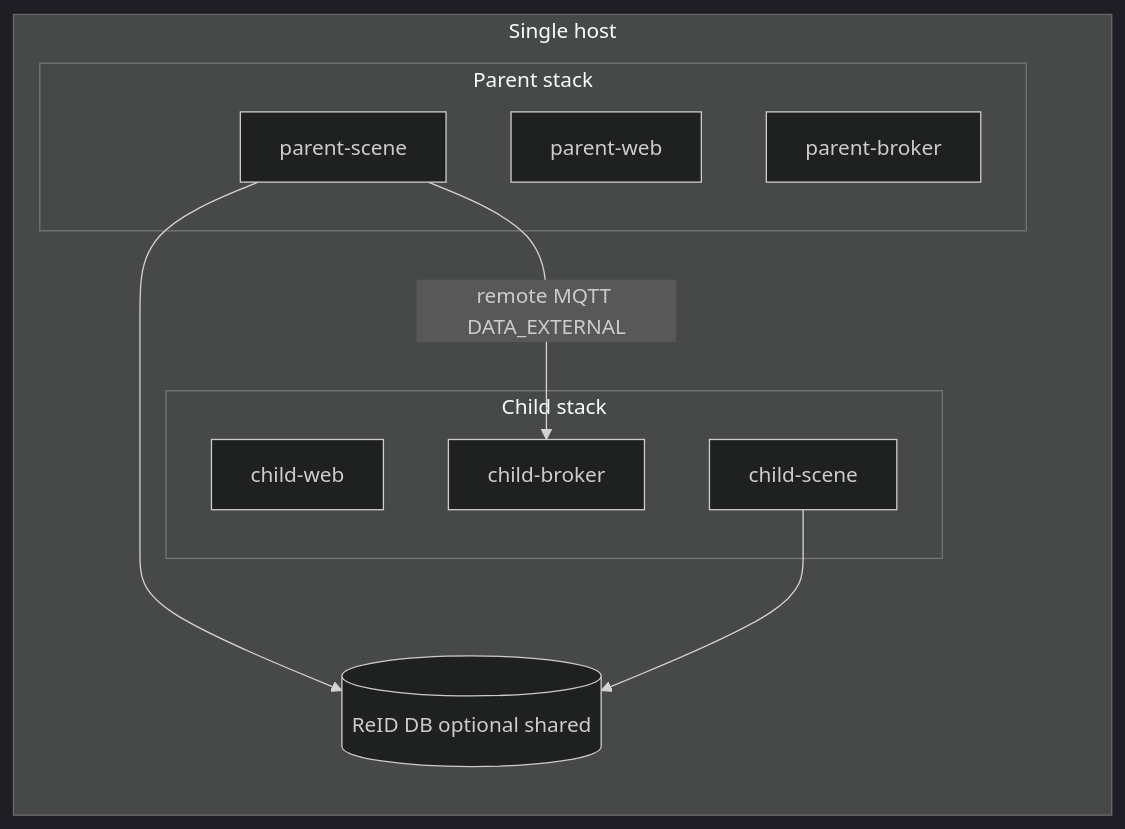
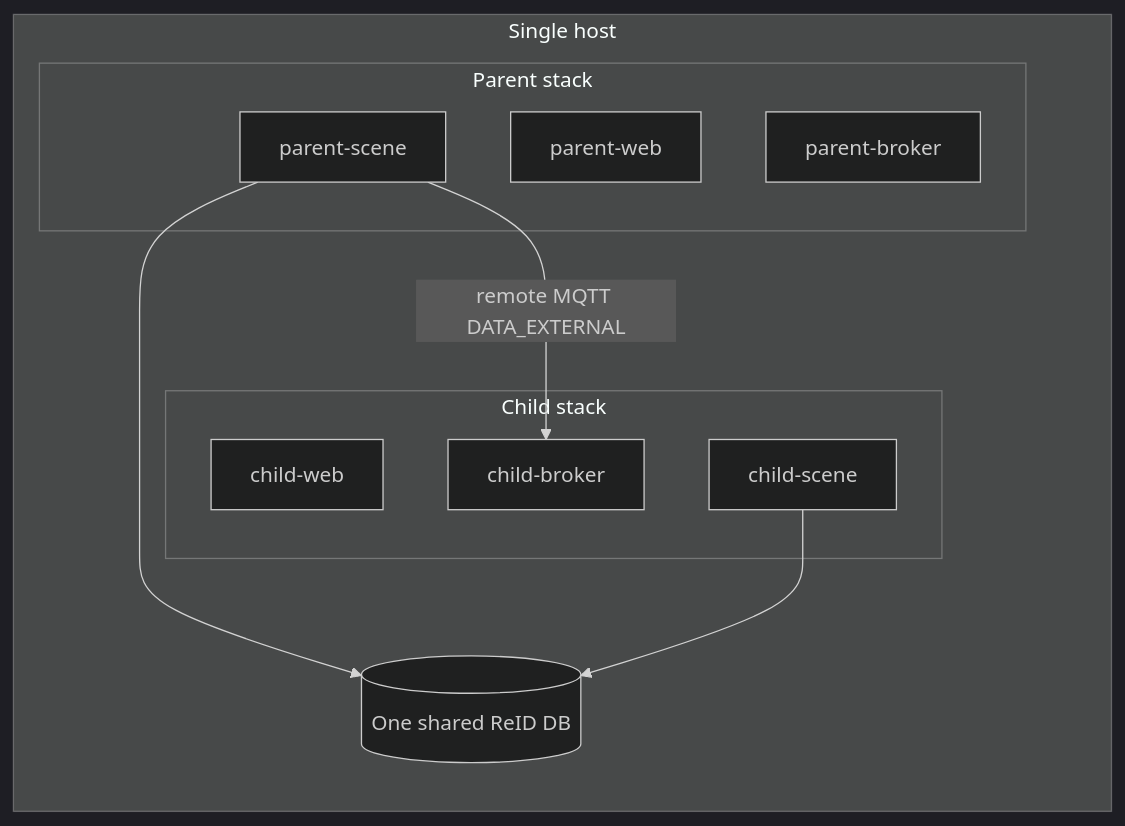
One commit to open-edge-platform/scenescape changed the diagram in docs/user-guide/how-to-guides/build-a-scene/deploy-multi-controller-on-one-host.md. Above: the diagram before and after it, drawn with Mermaid (dark theme). The commit also changed other lines of this file and 20 other files, not shown here.

````diff
--- a/docs/user-guide/how-to-guides/build-a-scene/deploy-multi-controller-on-one-host.md
+++ b/docs/user-guide/how-to-guides/build-a-scene/deploy-multi-controller-on-one-host.md
@@ -30,19 +34,19 @@
 ```mermaid
 flowchart LR
   subgraph host [Single host]
     subgraph parentStack [Parent stack]
       PWeb[parent-web]
       PBroker[parent-broker]
       PScene[parent-scene]
     end
     subgraph childStack [Child stack]
       CWeb[child-web]
       CBroker[child-broker]
       CScene[child-scene]
     end
-    VDMS[(ReID DB optional shared)]
+    VDMS[(One shared ReID DB)]
   end
   PScene -->|"remote MQTT DATA_EXTERNAL"| CBroker
   PScene --> VDMS
   CScene --> VDMS
 ```
````
